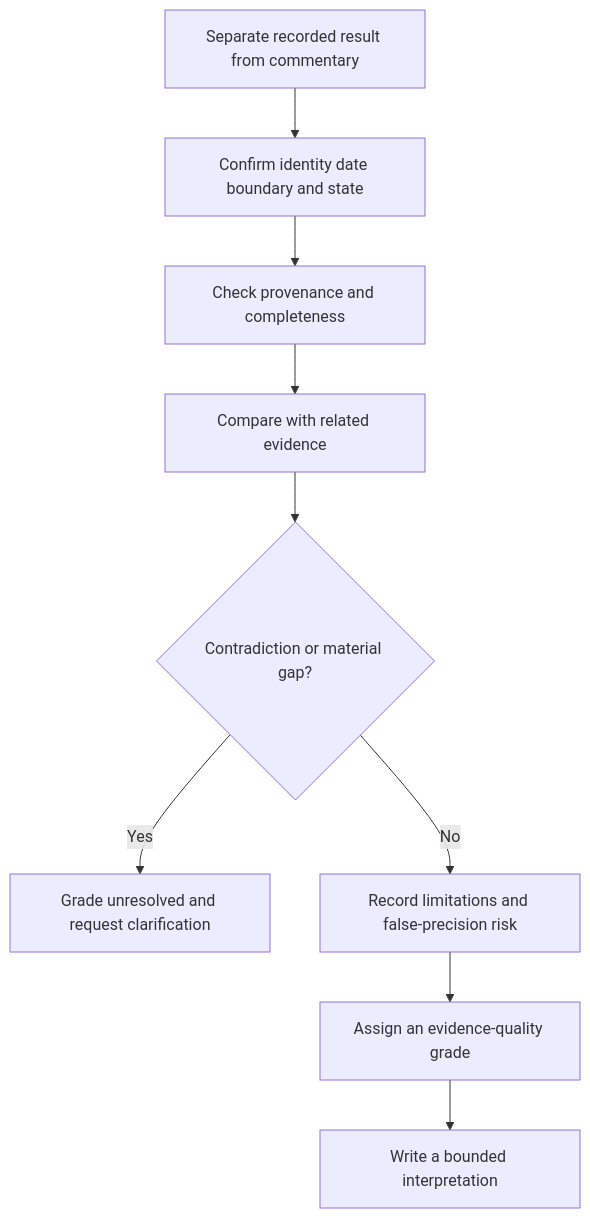
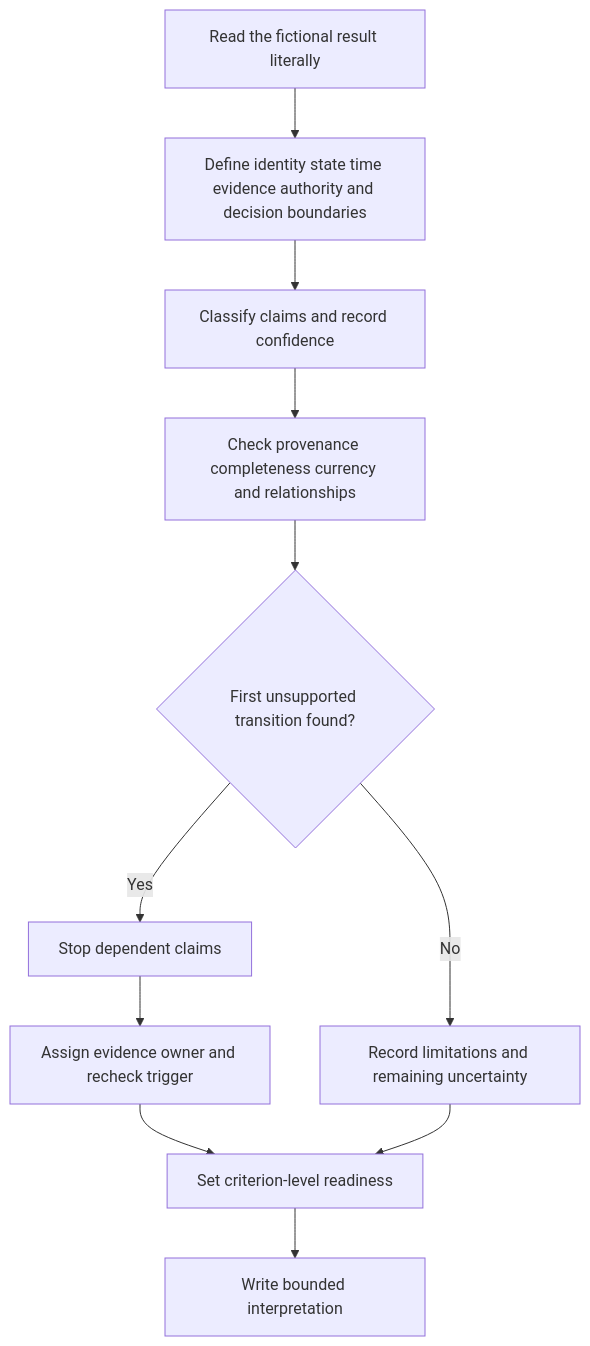
Before and after one commit to andrew3stedall/capstone: the first of 2 diagrams in docs/learning-plans/12-week/modules/day-62-result-plausibility-and-evidence-quality-reasoning.md, drawn with Mermaid. The commit also changed other lines of this file and 3 other files, not shown here.

````diff
--- a/docs/learning-plans/12-week/modules/day-62-result-plausibility-and-evidence-quality-reasoning.md
+++ b/docs/learning-plans/12-week/modules/day-62-result-plausibility-and-evidence-quality-reasoning.md
@@ -86,11 +116,13 @@
 ```mermaid
 flowchart TD
-  A[Separate recorded result from commentary] --> B[Confirm identity date boundary and state]
-  B --> C[Check provenance and completeness]
-  C --> D[Compare with related evidence]
-  D --> E{Contradiction or material gap?}
-  E -->|Yes| F[Grade unresolved and request clarification]
-  E -->|No| G[Record limitations and false-precision risk]
-  G --> H[Assign an evidence-quality grade]
-  H --> I[Write a bounded interpretation]
+  A[Read the fictional result literally] --> B[Define identity state time evidence authority and decision boundaries]
+  B --> C[Classify claims and record confidence]
+  C --> D[Check provenance completeness currency and relationships]
+  D --> E{First unsupported transition found?}
+  E -->|Yes| F[Stop dependent claims]
+  F --> G[Assign evidence owner and recheck trigger]
+  E -->|No| H[Record limitations and remaining uncertainty]
+  G --> I[Set criterion-level readiness]
+  H --> I
+  I --> J[Write bounded interpretation]
 ```
````
